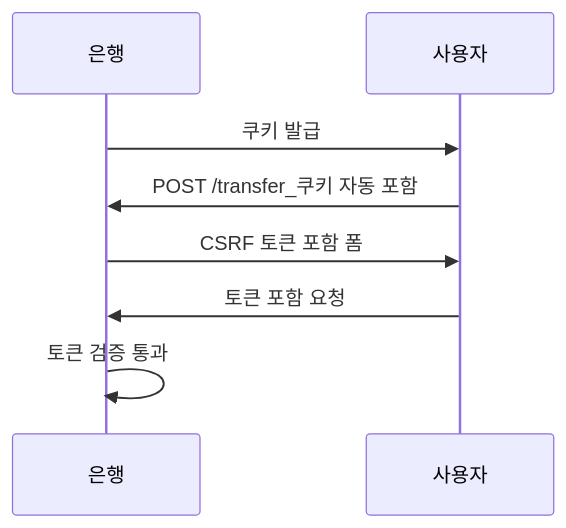
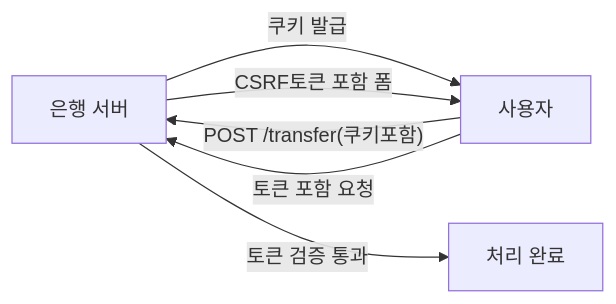
Before and after one commit to yjkim2015/yjkim2015.github.io: the sixth of 7 diagrams in _posts/spring/2026-05-02-spring-security-deep.md, drawn with Mermaid. The commit also changed other lines of this file and 84 other files, not shown here.

First line of the commit message:
85개 포스트 Mermaid 다이어그램 규칙 일괄 수정

````diff
--- a/_posts/spring/2026-05-02-spring-security-deep.md
+++ b/_posts/spring/2026-05-02-spring-security-deep.md
@@ -426,8 +426,8 @@
 ```mermaid
-sequenceDiagram
-    은행->>사용자: 쿠키 발급
-    사용자->>은행: POST /transfer_쿠키 자동 포함
-    은행->>사용자: CSRF 토큰 포함 폼
-    사용자->>은행: 토큰 포함 요청
-    은행->>은행: 토큰 검증 통과
+graph LR
+    BANK["은행 서버"] -->|"쿠키 발급"| USER["사용자"]
+    USER -->|"POST /transfer(쿠키포함)"| BANK
+    BANK -->|"CSRF토큰 포함 폼"| USER
+    USER -->|"토큰 포함 요청"| BANK
+    BANK -->|"토큰 검증 통과"| DONE["처리 완료"]
 ```
````
